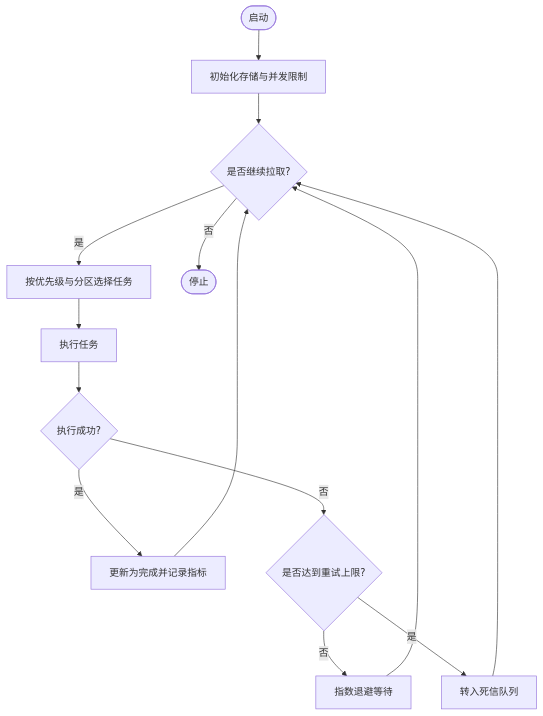
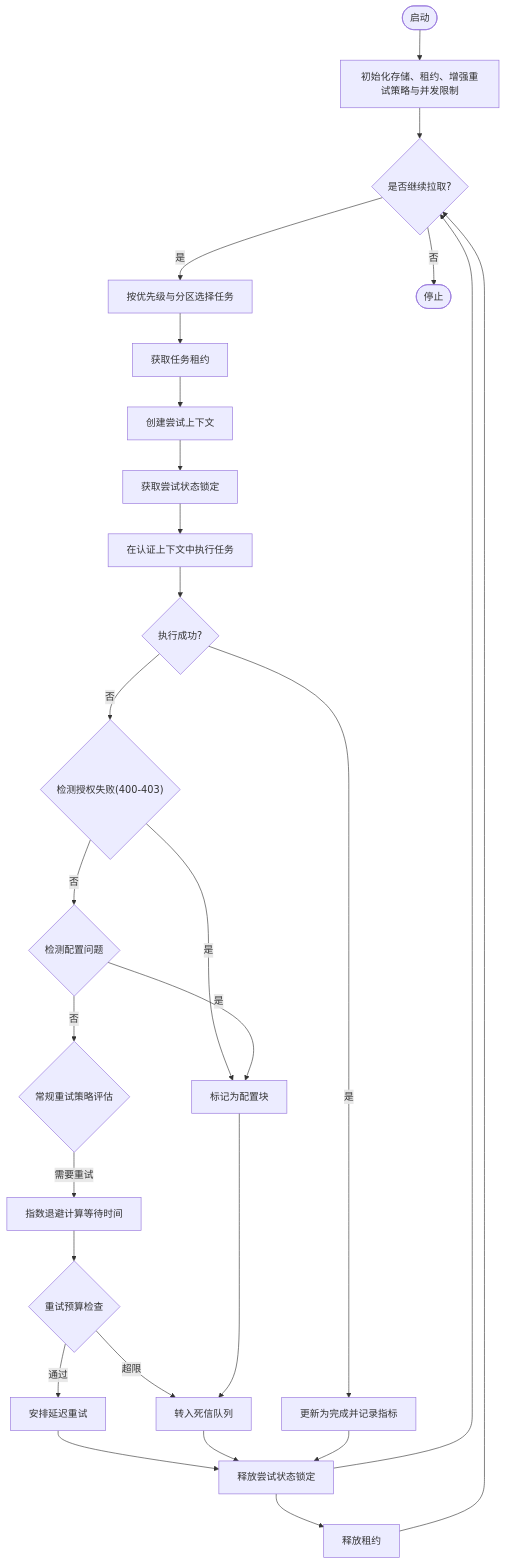
The third of 4 diagrams in .qoder/repowiki/zh/content/后端架构/任务处理/作业队列系统.md (scottcwy/PurpleInk), drawn with Mermaid before and after one commit. The commit also changed other lines of this file and 109 other files, not shown here.

````diff
--- a/.qoder/repowiki/zh/content/后端架构/任务处理/作业队列系统.md
+++ b/.qoder/repowiki/zh/content/后端架构/任务处理/作业队列系统.md
@@ -141,16 +206,29 @@
 ```mermaid
 flowchart TD
-Start(["启动"]) --> Init["初始化存储与并发限制"]
+Start(["启动"]) --> Init["初始化存储、租约、增强重试策略与并发限制"]
 Init --> Loop{"是否继续拉取?"}
 Loop --> |是| Pick["按优先级与分区选择任务"]
-Pick --> Execute["执行任务"]
+Pick --> Lease["获取任务租约"]
+Lease --> CreateAttempt["创建尝试上下文"]
+CreateAttempt --> LockState["获取尝试状态锁定"]
+LockState --> Execute["在认证上下文中执行任务"]
 Execute --> Result{"执行成功?"}
 Result --> |是| UpdateOK["更新为完成并记录指标"]
-Result --> |否| RetryCheck{"是否达到重试上限?"}
-RetryCheck --> |否| Backoff["指数退避等待"]
-Backoff --> Loop
-RetryCheck --> |是| DeadLetter["转入死信队列"]
-UpdateOK --> Loop
-DeadLetter --> Loop
+Result --> |否| AuthCheck{"检测授权失败(400-403)"}
+AuthCheck --> |是| ConfigBlock["标记为配置块"]
+AuthCheck --> |否| ConfigCheck{"检测配置问题"}
+ConfigCheck --> |是| ConfigBlock
+ConfigCheck --> |否| RetryCheck{"常规重试策略评估"}
+RetryCheck --> |需要重试| Backoff["指数退避计算等待时间"]
+Backoff --> BudgetCheck{"重试预算检查"}
+BudgetCheck --> |通过| ScheduleRetry["安排延迟重试"]
+BudgetCheck --> |超限| DeadLetter["转入死信队列"]
+ScheduleRetry --> Release["释放尝试状态锁定"]
+Release --> ReleaseLease["释放租约"]
+ReleaseLease --> Loop
+ConfigBlock --> DeadLetter
+DeadLetter --> Release
+UpdateOK --> Release
+Release --> Loop
 Loop --> |否| Stop(["停止"])
 ```
````
